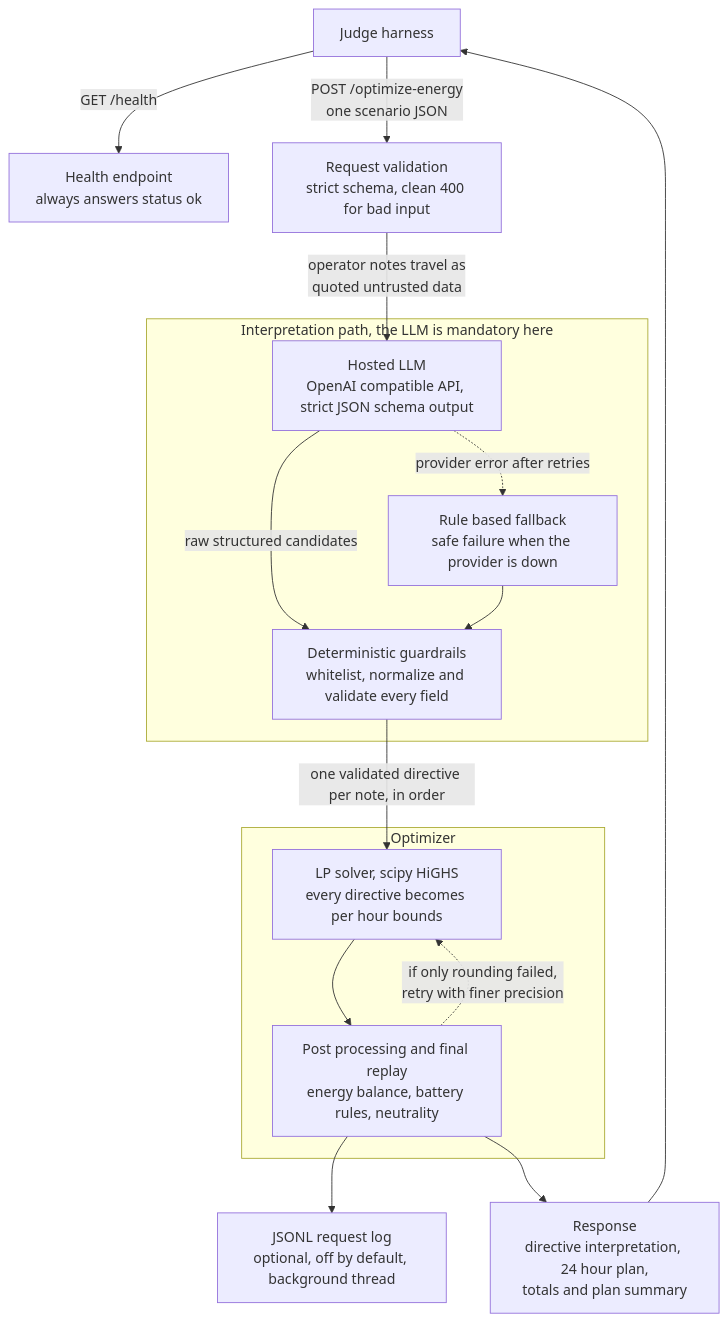
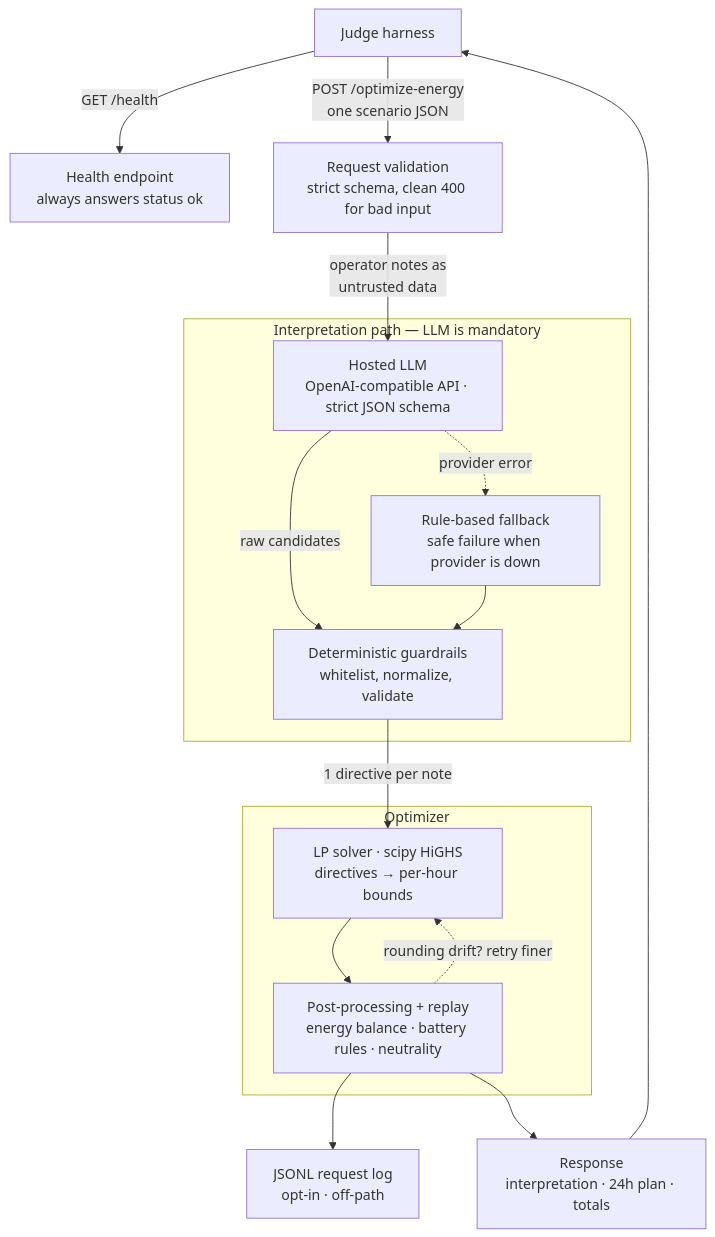
One commit to Hemalv02/DU_Fanta_BUP_CSE_HACKATHON_PRELI_2026 changed the diagram in README.md. Above: the diagram before and after it, drawn with Mermaid. The commit also changed other lines of this file, not shown here.

````diff
--- a/README.md
+++ b/README.md
@@ -15,27 +49,27 @@
 ```mermaid
 flowchart TD
     Judge["Judge harness"] -->|"GET /health"| Health["Health endpoint<br/>always answers status ok"]
     Judge -->|"POST /optimize-energy<br/>one scenario JSON"| Validate["Request validation<br/>strict schema, clean 400 for bad input"]
 
-    subgraph Interpret["Interpretation path, the LLM is mandatory here"]
-        LLM["Hosted LLM<br/>OpenAI compatible API, strict JSON schema output"]
-        Guard["Deterministic guardrails<br/>whitelist, normalize and validate every field"]
-        Rules["Rule based fallback<br/>safe failure when the provider is down"]
+    subgraph Interpret["Interpretation path — LLM is mandatory"]
+        LLM["Hosted LLM<br/>OpenAI-compatible API · strict JSON schema"]
+        Guard["Deterministic guardrails<br/>whitelist, normalize, validate"]
+        Rules["Rule-based fallback<br/>safe failure when provider is down"]
     end
 
     subgraph Optimize["Optimizer"]
-        LP["LP solver, scipy HiGHS<br/>every directive becomes per hour bounds"]
-        Replay["Post processing and final replay<br/>energy balance, battery rules, neutrality"]
+        LP["LP solver · scipy HiGHS<br/>directives → per-hour bounds"]
+        Replay["Post-processing + replay<br/>energy balance · battery rules · neutrality"]
     end
 
-    Validate -->|"operator notes travel as<br/>quoted untrusted data"| LLM
-    LLM -->|"raw structured candidates"| Guard
-    LLM -.->|"provider error after retries"| Rules
+    Validate -->|"operator notes as<br/>untrusted data"| LLM
+    LLM -->|"raw candidates"| Guard
+    LLM -.->|"provider error"| Rules
     Rules --> Guard
-    Guard -->|"one validated directive per note, in order"| LP
+    Guard -->|"1 directive per note"| LP
     LP --> Replay
-    Replay -.->|"if only rounding failed,<br/>retry with finer precision"| LP
-    Replay --> Side["JSONL request log<br/>optional, off by default, background thread"]
-    Replay --> Out["Response<br/>directive interpretation, 24 hour plan,<br/>totals and plan summary"]
+    Replay -.->|"rounding drift? retry finer"| LP
+    Replay --> Side["JSONL request log<br/>opt-in · off-path"]
+    Replay --> Out["Response<br/>interpretation · 24h plan · totals"]
     Out --> Judge
 ```
````
